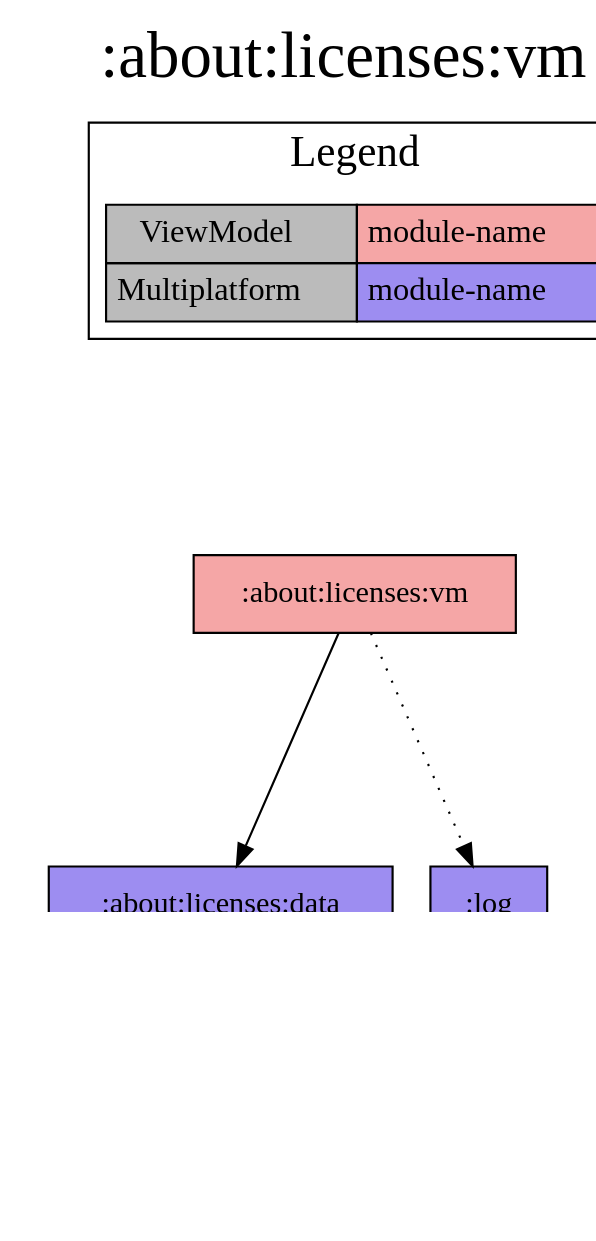
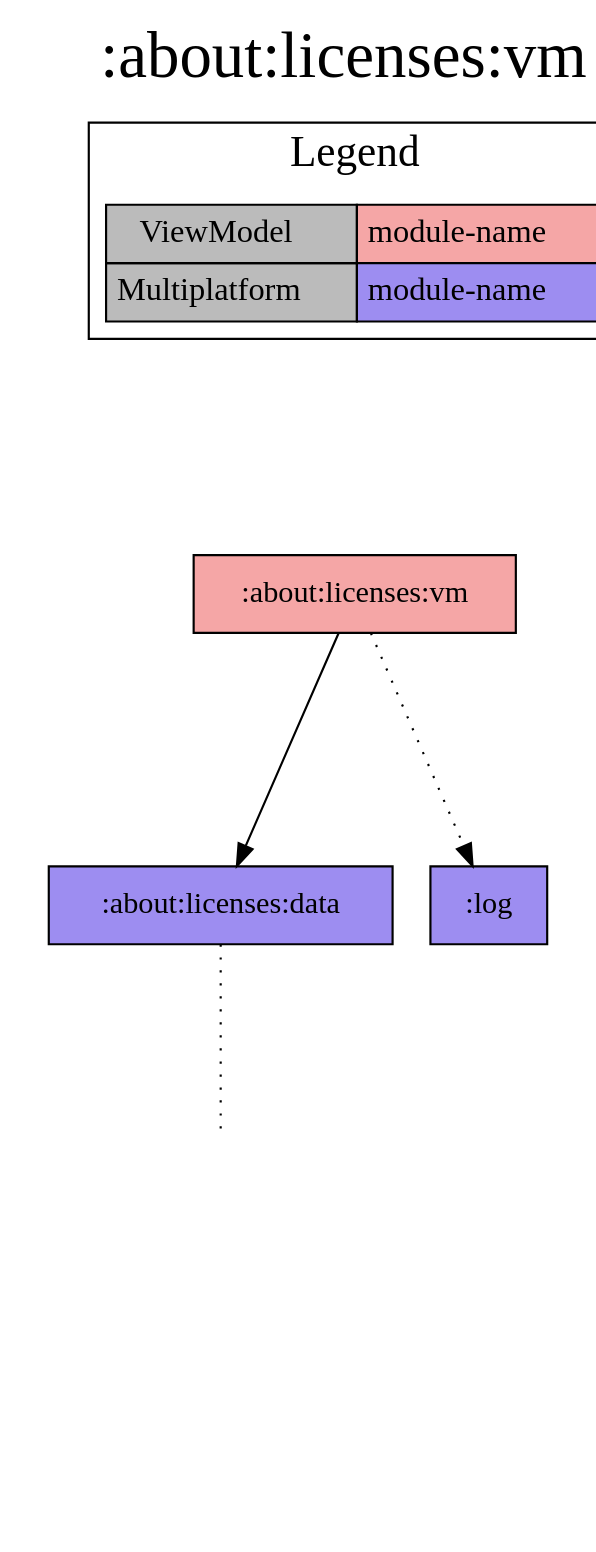
One commit to jonapoul/aktual changed the diagram in modules/about/licenses/vm/project-dependency-graph.dot. Above: the diagram before and after it, drawn with Graphviz. The commit also changed 270 other files, not shown here.

```diff
--- a/modules/about/licenses/vm/project-dependency-graph.dot
+++ b/modules/about/licenses/vm/project-dependency-graph.dot
@@ -1,26 +1,28 @@
 digraph {
 edge ["dir"="forward"]
 graph ["dpi"="100","label"=":about:licenses:vm","labelloc"="t","fontsize"="30","ranksep"="1.5","rankdir"="TB"]
 node ["style"="filled"]
 ":about:licenses:data" ["fillcolor"="#9D8DF1","shape"="box"]
 ":about:licenses:vm" ["fillcolor"="#F5A6A6","shape"="box"]
+":budget:model" ["fillcolor"="#9D8DF1","shape"="box"]
 ":core:files" ["fillcolor"="#9D8DF1","shape"="box"]
 ":log" ["fillcolor"="#9D8DF1","shape"="box"]
 {
 edge ["dir"="none"]
 graph ["rank"="same"]
 }
 ":about:licenses:data" -> ":core:files" ["style"="dotted"]
 ":about:licenses:vm" -> ":about:licenses:data"
 ":about:licenses:vm" -> ":log" ["style"="dotted"]
+":core:files" -> ":budget:model"
 subgraph "cluster_legend" {
 edge ["dir"="none"]
 graph ["label"="Legend","fontsize"="20"]
 "Legend" ["style"="filled","fillcolor"="#bbbbbb","shape"="none","margin"="0","fontsize"="15","label"=<
 <TABLE BORDER="0" CELLBORDER="1" CELLSPACING="0" CELLPADDING="4">
 <TR><TD>ViewModel</TD><TD BGCOLOR="#F5A6A6">module-name</TD></TR>
 <TR><TD>Multiplatform</TD><TD BGCOLOR="#9D8DF1">module-name</TD></TR>
 </TABLE>
 >]
 } -> ":about:licenses:vm" ["style"="invis"]
 }
```
